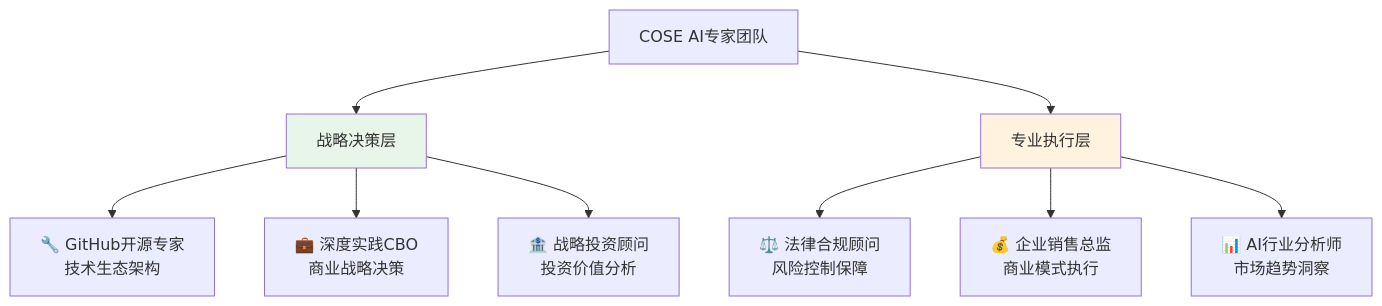
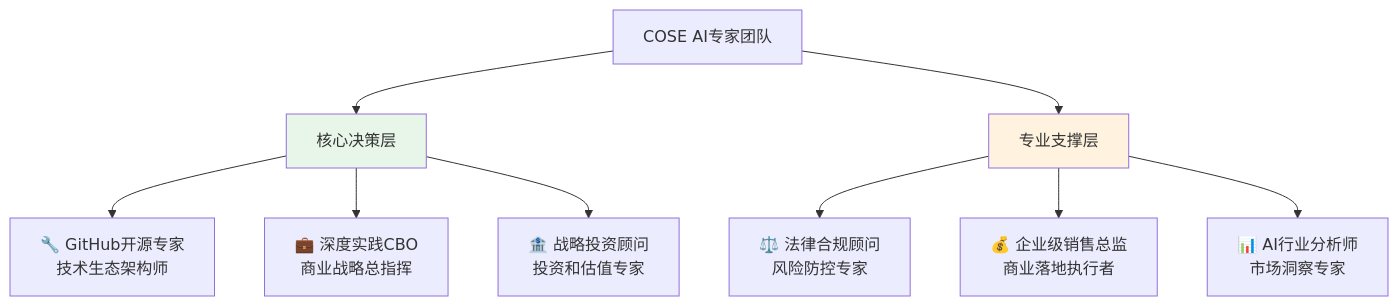
One commit to Deepractice/COSE changed the fourth of 4 diagrams in README.md. Above: the diagram before and after it, drawn with Mermaid. The commit also changed other lines of this file, not shown here.

````diff
--- a/README.md
+++ b/README.md
@@ -106,16 +123,16 @@
 ```mermaid
 graph TD
-    A[COSE AI专家团队] --> B[战略决策层]
-    A --> C[专业执行层]
+    A[COSE AI专家团队] --> B[核心决策层]
+    A --> C[专业支撑层]
     
-    B --> B1[🔧 GitHub开源专家<br/>技术生态架构]
-    B --> B2[💼 深度实践CBO<br/>商业战略决策]
-    B --> B3[🏦 战略投资顾问<br/>投资价值分析]
+    B --> B1[🔧 GitHub开源专家<br/>技术生态架构师]
+    B --> B2[💼 深度实践CBO<br/>商业战略总指挥]
+    B --> B3[🏦 战略投资顾问<br/>投资和估值专家]
     
-    C --> C1[⚖️ 法律合规顾问<br/>风险控制保障]
-    C --> C2[💰 企业销售总监<br/>商业模式执行]
-    C --> C3[📊 AI行业分析师<br/>市场趋势洞察]
+    C --> C1[⚖️ 法律合规顾问<br/>风险防控专家]
+    C --> C2[💰 企业级销售总监<br/>商业落地执行者]
+    C --> C3[📊 AI行业分析师<br/>市场洞察专家]
     
     style B fill:#e8f5e9
     style C fill:#fff3e0
 ```
````
